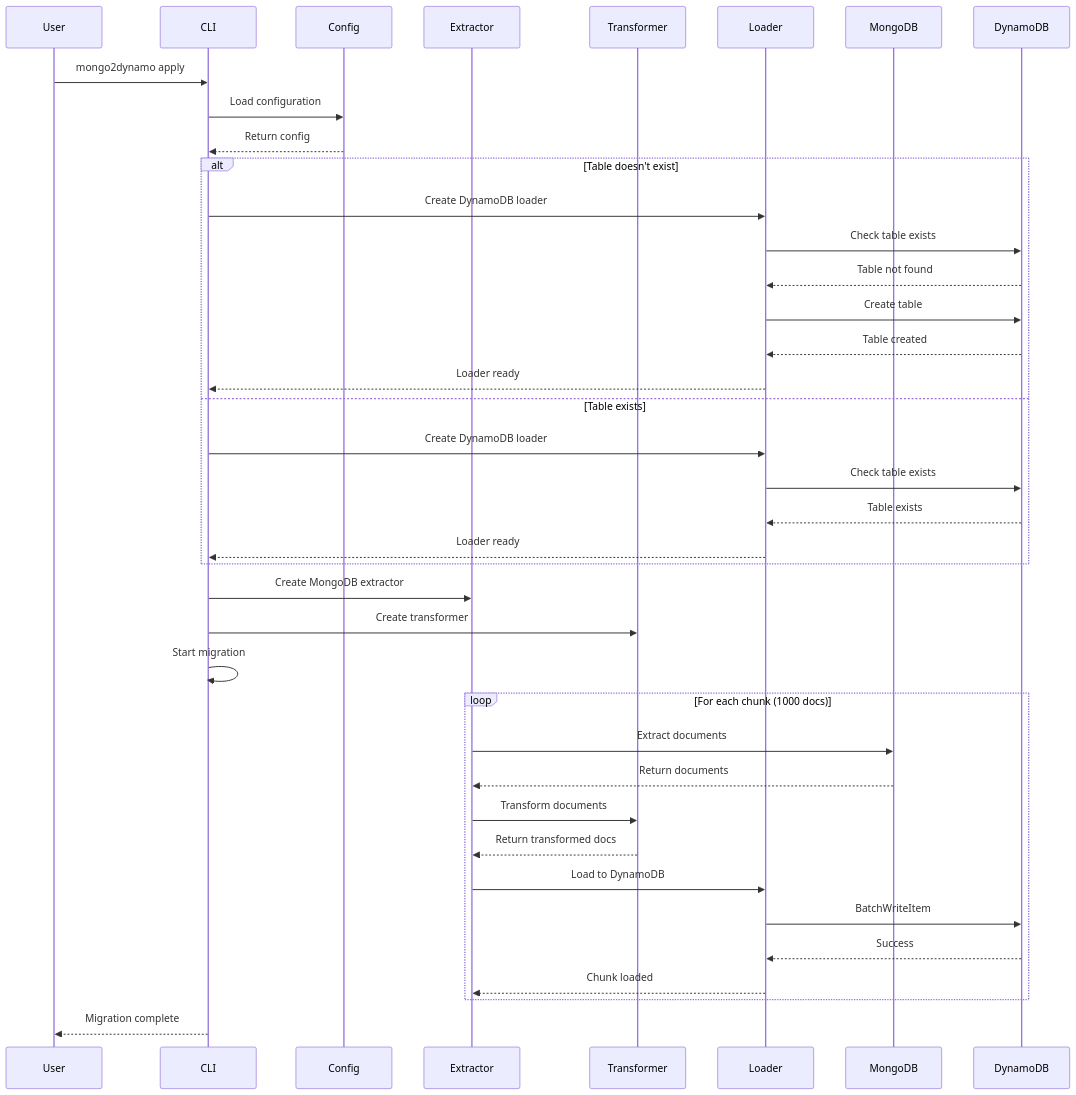
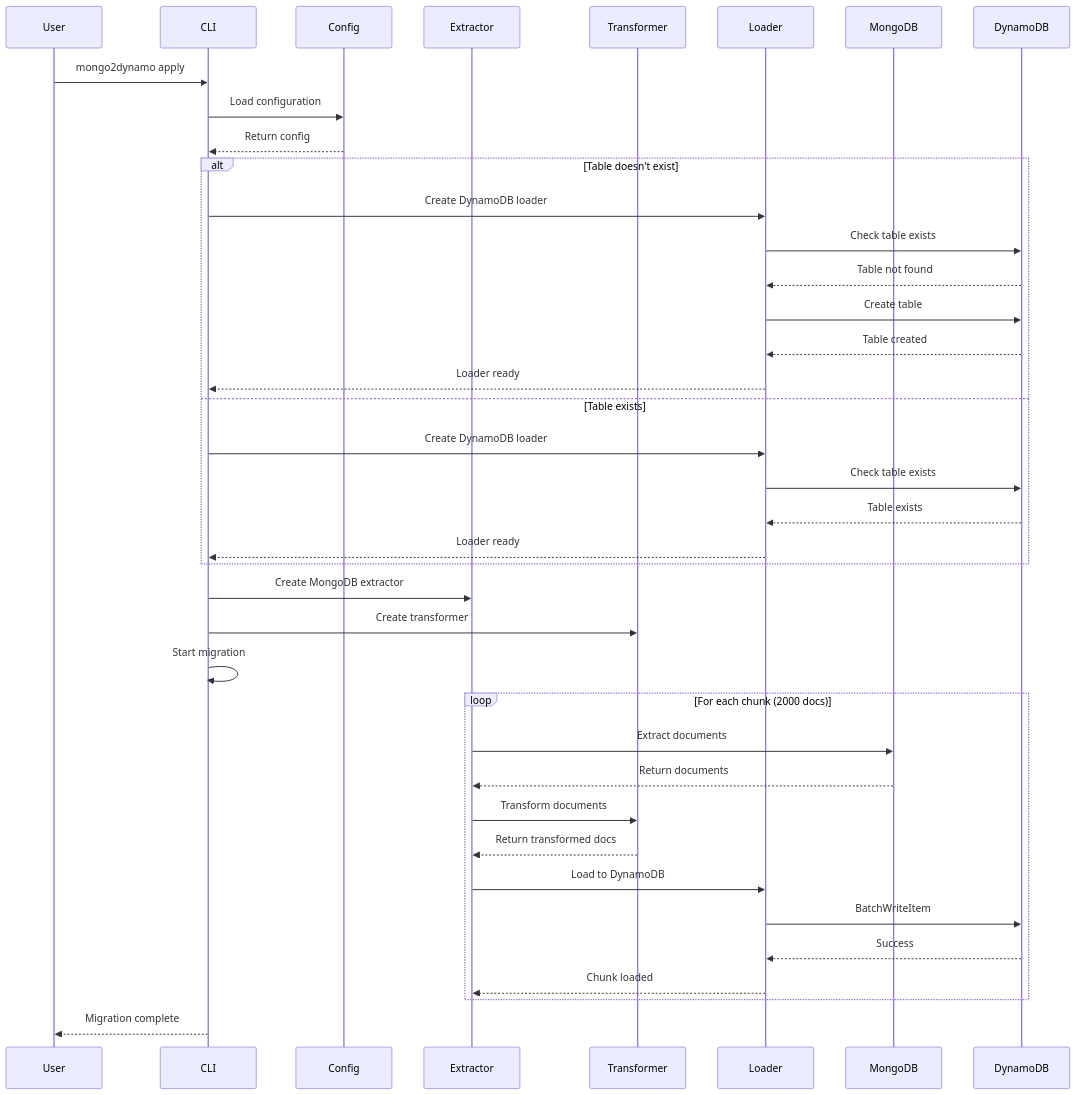
One commit to dutymate/mongo2dynamo changed the diagram in README.md. Above: the diagram before and after it, drawn with Mermaid. The commit also changed other lines of this file, not shown here.

Commit message:
docs: Update MongoDB batch size and chunk size in README.md

````diff
--- a/README.md
+++ b/README.md
@@ -153,46 +153,46 @@
 ```mermaid
 sequenceDiagram
     participant User
     participant CLI
     participant Config
     participant Extractor
     participant Transformer
     participant Loader
     participant MongoDB
     participant DynamoDB
 
     User->>CLI: mongo2dynamo apply
     CLI->>Config: Load configuration
     Config-->>CLI: Return config
     
     alt Table doesn't exist
         CLI->>Loader: Create DynamoDB loader
         Loader->>DynamoDB: Check table exists
         DynamoDB-->>Loader: Table not found
         Loader->>DynamoDB: Create table
         DynamoDB-->>Loader: Table created
         Loader-->>CLI: Loader ready
     else Table exists
         CLI->>Loader: Create DynamoDB loader
         Loader->>DynamoDB: Check table exists
         DynamoDB-->>Loader: Table exists
         Loader-->>CLI: Loader ready
     end
     
     CLI->>Extractor: Create MongoDB extractor
     CLI->>Transformer: Create transformer
     CLI->>CLI: Start migration
     
-    loop For each chunk (1000 docs)
+    loop For each chunk (2000 docs)
         Extractor->>MongoDB: Extract documents
         MongoDB-->>Extractor: Return documents
         Extractor->>Transformer: Transform documents
         Transformer-->>Extractor: Return transformed docs
         Extractor->>Loader: Load to DynamoDB
         Loader->>DynamoDB: BatchWriteItem
         DynamoDB-->>Loader: Success
         Loader-->>Extractor: Chunk loaded
     end
     
     CLI-->>User: Migration complete
 ```
````
